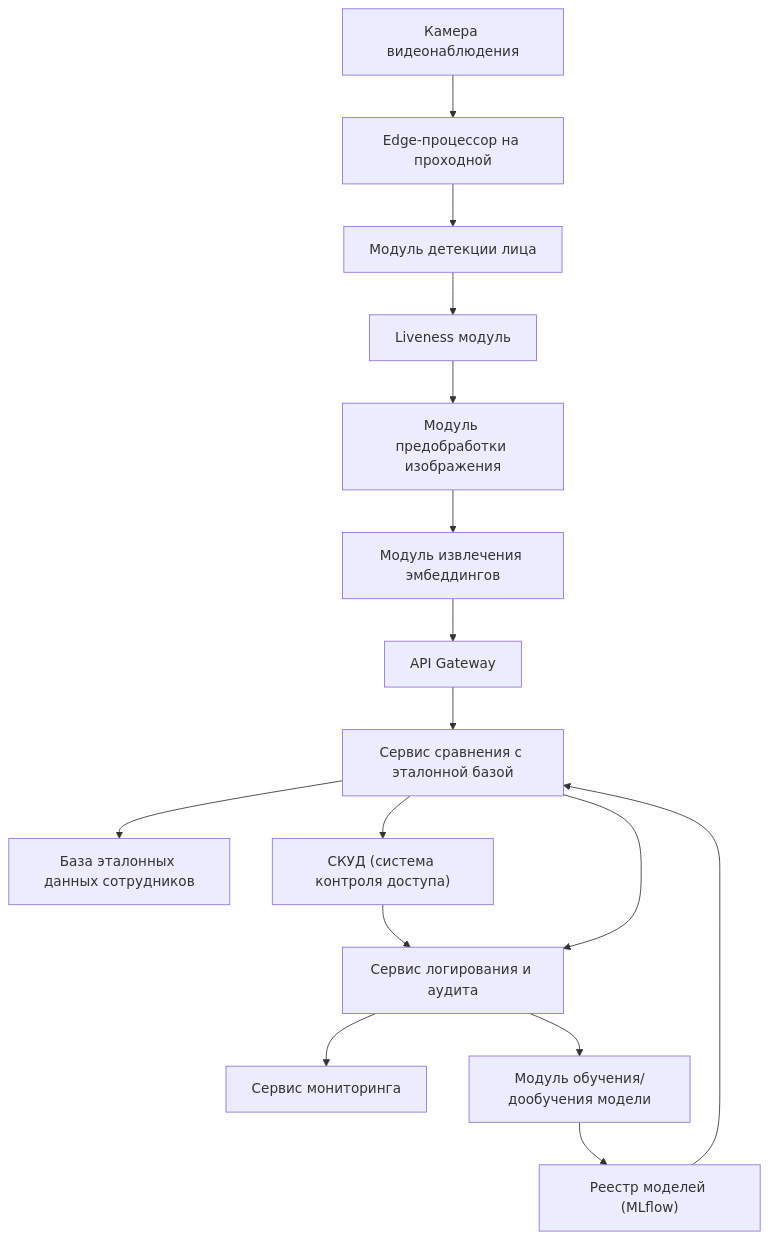
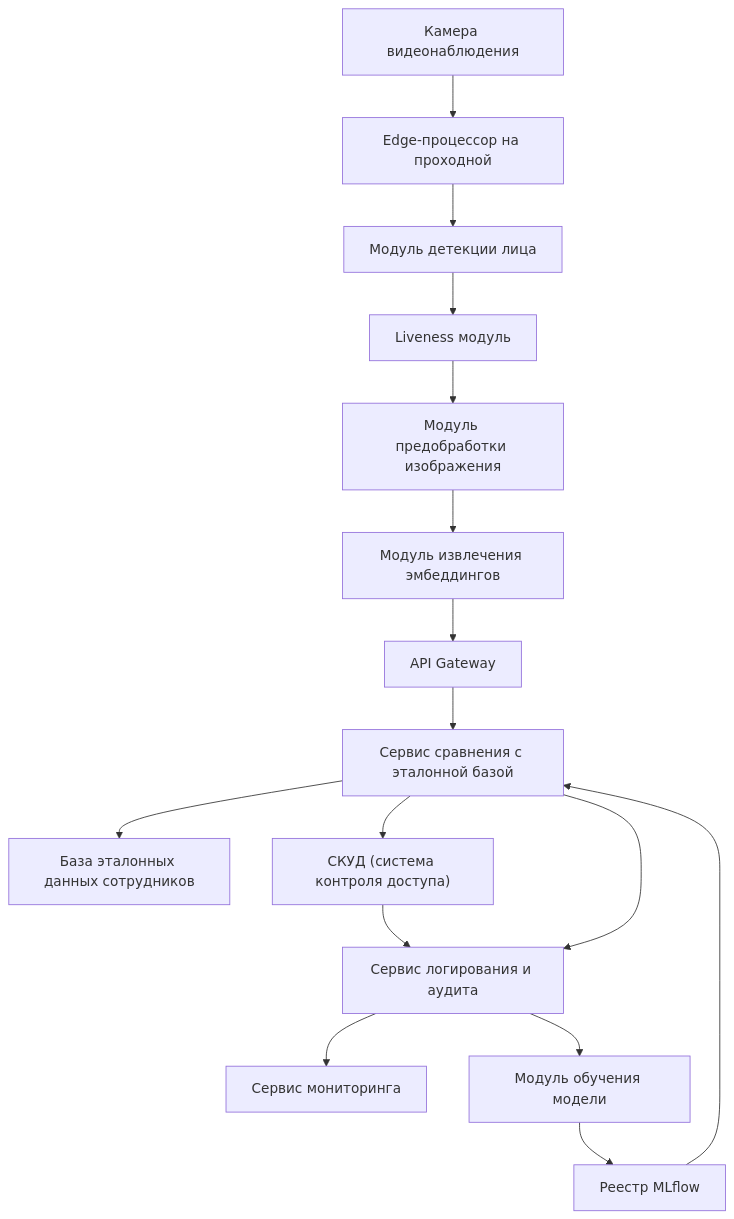
The third of 4 diagrams in docs/index.md (ARTEMIDA7736/AI_pass_project), drawn with Mermaid before and after one commit. The commit also changed other lines of this file, not shown here.

````diff
--- a/docs/index.md
+++ b/docs/index.md
@@ -246,32 +238,32 @@
 ```mermaid
 flowchart TB
     Camera["Камера видеонаблюдения"]
     EdgeProcessor["Edge-процессор на проходной"]
     FaceDetection["Модуль детекции лица"]
     LivenessCheck["Liveness модуль"]
     Preprocessing["Модуль предобработки изображения"]
     EmbeddingExtractor["Модуль извлечения эмбеддингов"]
     APIGateway["API Gateway"]
     MatchingService["Сервис сравнения с эталонной базой"]
     EmployeeDB["База эталонных данных сотрудников"]
     AccessControlSystem["СКУД (система контроля доступа)"]
     LoggingService["Сервис логирования и аудита"]
     MonitoringService["Сервис мониторинга"]
-    ModelRegistry["Реестр моделей (MLflow)"]
-    ModelTrainer["Модуль обучения/дообучения модели"]
+    ModelRegistry["Реестр MLflow"]
+    ModelTrainer["Модуль обучения модели"]
     Camera --> EdgeProcessor
     EdgeProcessor --> FaceDetection
     FaceDetection --> LivenessCheck
     LivenessCheck --> Preprocessing
     Preprocessing --> EmbeddingExtractor
     EmbeddingExtractor --> APIGateway
     APIGateway --> MatchingService
     MatchingService --> EmployeeDB
     MatchingService --> AccessControlSystem
     AccessControlSystem --> LoggingService
     LoggingService --> MonitoringService
     MatchingService --> LoggingService
     ModelTrainer --> ModelRegistry
     ModelRegistry --> MatchingService
     LoggingService --> ModelTrainer
 ```
````
